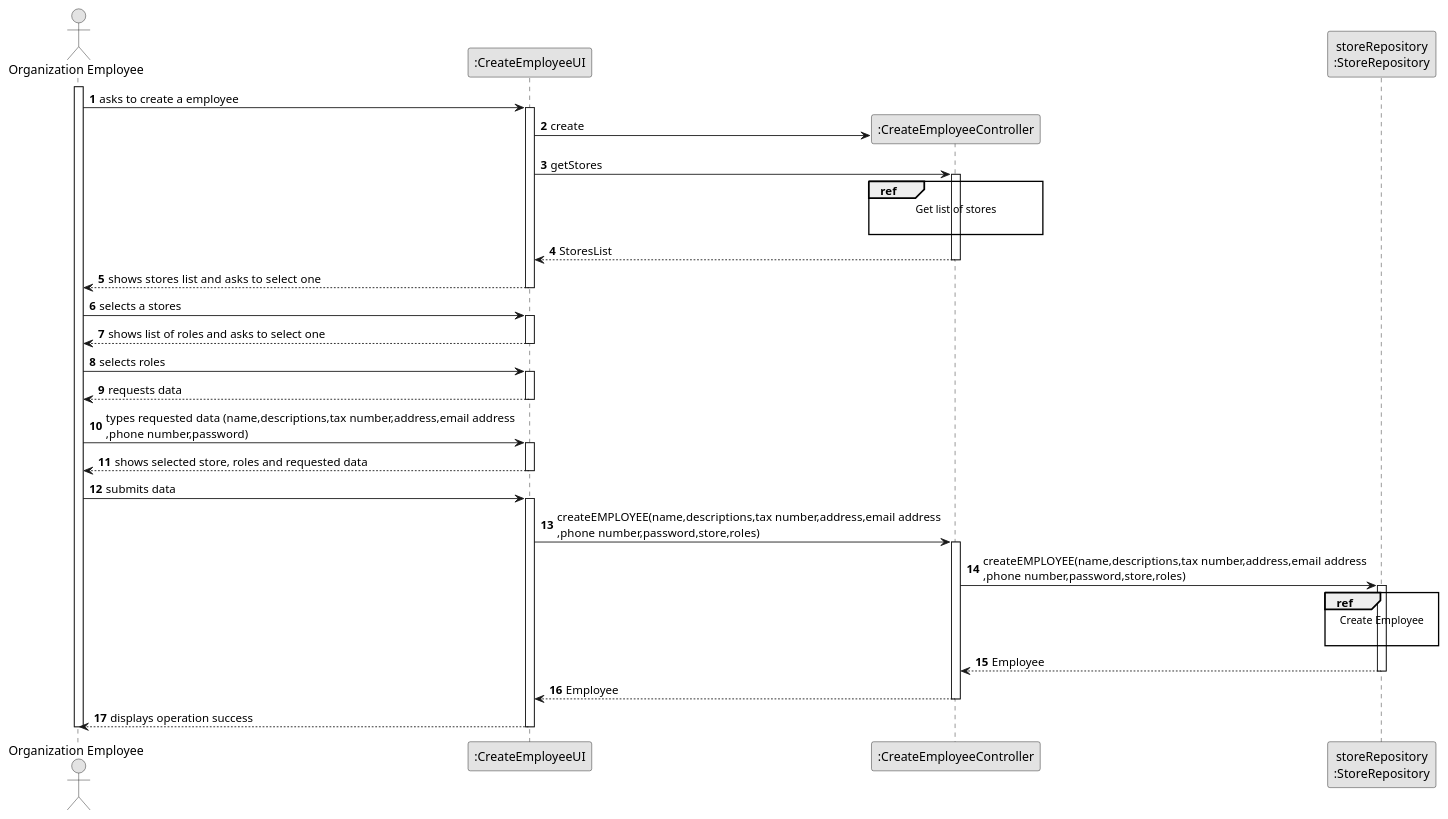
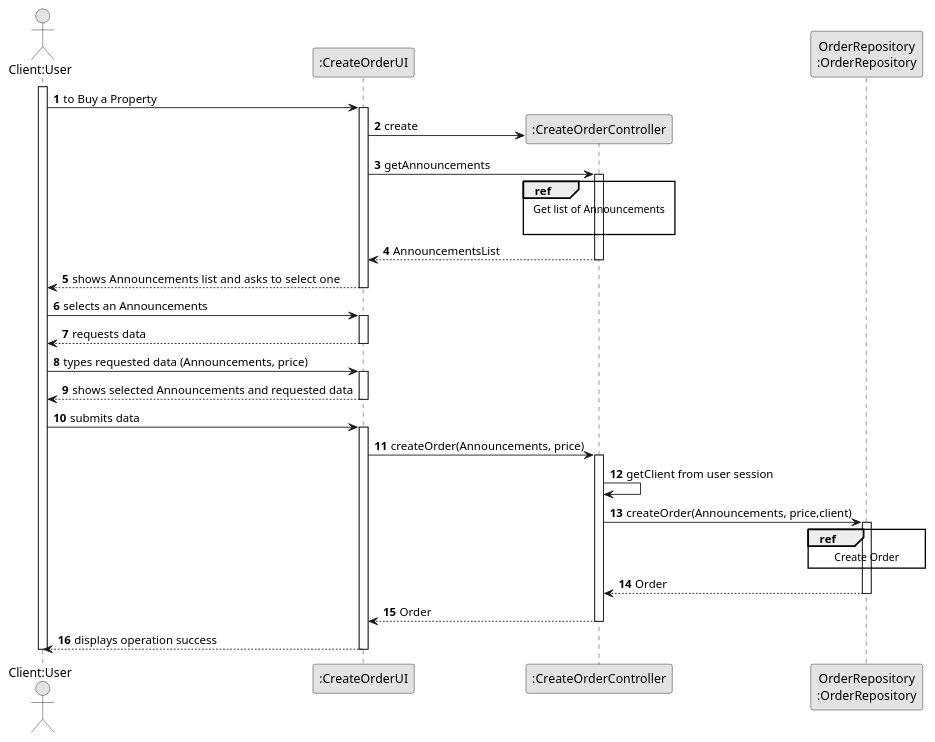
Before and after one commit to hugosilva2901/lei-22-s2-1DO-g68: the diagram in lei-22-s2-1do-g68/docs/SprintC/us010/03.design/puml/us003-sequence-diagram-split.puml, drawn with PlantUML. The commit also changed 6 other files, not shown here.

```diff
--- a/lei-22-s2-1do-g68/docs/SprintC/us010/03.design/puml/us003-sequence-diagram-split.puml
+++ b/lei-22-s2-1do-g68/docs/SprintC/us010/03.design/puml/us003-sequence-diagram-split.puml
@@ -1,75 +1,66 @@
 @startuml
 skinparam monochrome true
 skinparam packageStyle rectangle
 skinparam shadowing false
 
 autonumber
 
 'hide footbox
-actor "Organization Employee" as ADM
-participant ":CreateEmployeeUI" as UI
-participant ":CreateEmployeeController" as CTRL
-participant "storeRepository\n:StoreRepository" as ORG
+actor "Client:User" as CL
+participant ":CreateOrderUI" as UI
+participant ":CreateOrderController" as CTRL
+participant "OrderRepository\n:OrderRepository" as ORD
 
-activate ADM
+activate CL
 
-    ADM -> UI : asks to create a employee
+    CL -> UI :  to Buy a Property
 
     activate UI
 
         UI -> CTRL** : create
-        UI -> CTRL : getStores
+        UI -> CTRL : getAnnouncements
 
         ref over CTRL
-            Get list of stores
+            Get list of Announcements
 
         end ref
 
         activate CTRL
 
-            CTRL --> UI : StoresList
+            CTRL --> UI : AnnouncementsList
         deactivate CTRL
 
-        UI --> ADM : shows  stores list and asks to select one
+        UI --> CL : shows  Announcements list and asks to select one
     deactivate UI
-    ADM -> UI : selects a stores
+    CL -> UI : selects an Announcements
 
-    activate UI
-
-    UI --> ADM : shows list of roles and asks to select one
-
-
-    deactivate UI
-    ADM -> UI : selects roles
         activate UI
 
-            UI --> ADM : requests data
+            UI --> CL : requests data
         deactivate UI
-        ADM -> UI : types requested data (name,descriptions,tax number,address,email address\n,phone number,password)
+        CL -> UI : types requested data (Announcements, price)
         activate UI
 
-        UI --> ADM : shows selected store, roles and requested data
+        UI --> CL : shows selected Announcements and requested data
         deactivate UI
-        ADM -> UI : submits data
+        CL -> UI : submits data
      activate UI
 
-     UI -> CTRL : createEMPLOYEE(name,descriptions,tax number,address,email address\n,phone number,password,store,roles)
+     UI -> CTRL : createOrder(Announcements, price)
     activate CTRL
+    CTRL -> CTRL : getClient from user session
 
-      CTRL -> ORG: createEMPLOYEE(name,descriptions,tax number,address,email address\n,phone number,password,store,roles)
-                 activate ORG
-
-                     ref over ORG
-                         Create Employee
-
+      CTRL -> ORD: createOrder(Announcements, price,client)
+                 activate ORD
+                     ref over ORD
+                         Create Order
                      end
-
-                     ORG --> CTRL : Employee
-                 deactivate ORG
-            CTRL --> UI: Employee
+                     ORD --> CTRL : Order
+                 deactivate ORD
+            CTRL --> UI: Order
               deactivate CTRL
-              UI --> ADM: displays operation success
+              UI --> CL: displays operation success
       deactivate UI
-deactivate ADM
+deactivate CL
 
 @enduml
```
